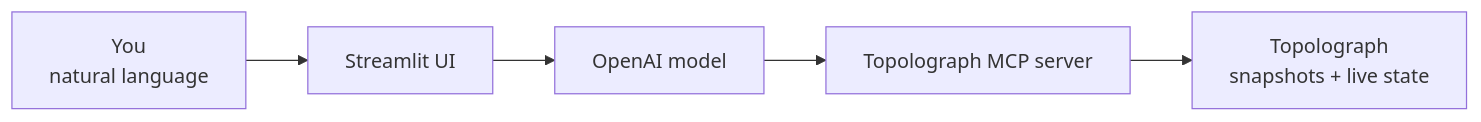
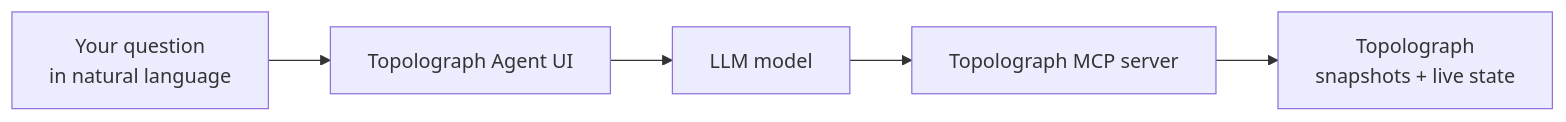
Before and after one commit to Vadims06/topolograph: the diagram in docs/automation/ai-agent.md, drawn with Mermaid. The commit also changed other lines of this file and 193 other files, not shown here.

````diff
--- a/docs/automation/ai-agent.md
+++ b/docs/automation/ai-agent.md
@@ -27,7 +33,7 @@
 ```mermaid
 flowchart LR
-    U[You<br/>natural language] --> S[Streamlit UI]
-    S --> LLM[OpenAI model]
+    U[Your question<br/>in natural language] --> S[Topolograph Agent UI]
+    S --> LLM[LLM model]
     LLM --> MCP[Topolograph MCP server]
     MCP --> T[Topolograph<br/>snapshots + live state]
 ```
````
